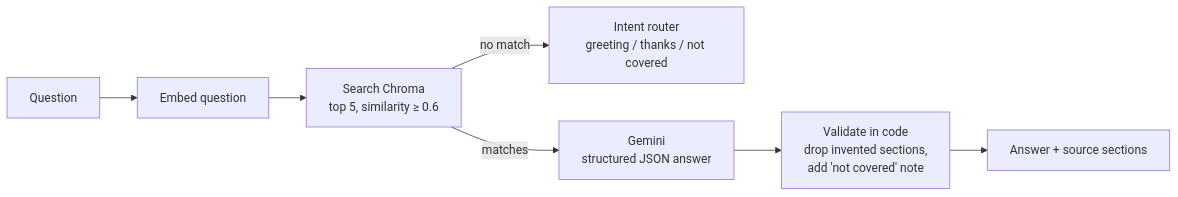
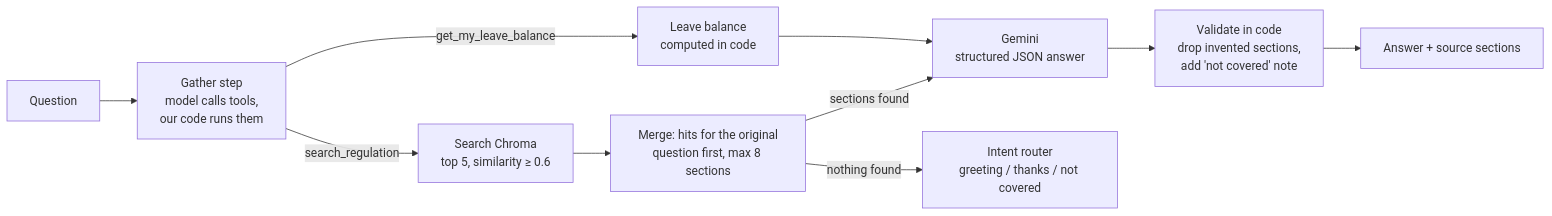
One commit to cantekcan/hr-rag-assistant changed the diagram in README.md. Above: the diagram before and after it, drawn with Mermaid. The commit also changed other lines of this file and 19 other files, not shown here.

````diff
--- a/README.md
+++ b/README.md
@@ -18,9 +19,12 @@
 ```mermaid
 flowchart LR
-    Q[Question] --> E[Embed question]
-    E --> S[Search Chroma<br/>top 5, similarity ≥ 0.6]
-    S -->|no match| R[Intent router<br/>greeting / thanks / not covered]
-    S -->|matches| L[Gemini<br/>structured JSON answer]
+    Q[Question] --> G[Gather step<br/>model calls tools,<br/>our code runs them]
+    G -->|search_regulation| S[Search Chroma<br/>top 5, similarity ≥ 0.6]
+    G -->|get_my_leave_balance| B[Leave balance<br/>computed in code]
+    S --> M[Merge: hits for the original<br/>question first, max 8 sections]
+    B --> L
+    M -->|nothing found| R[Intent router<br/>greeting / thanks / not covered]
+    M -->|sections found| L[Gemini<br/>structured JSON answer]
     L --> V[Validate in code<br/>drop invented sections,<br/>add 'not covered' note]
     V --> A[Answer + source sections]
 ```
````
